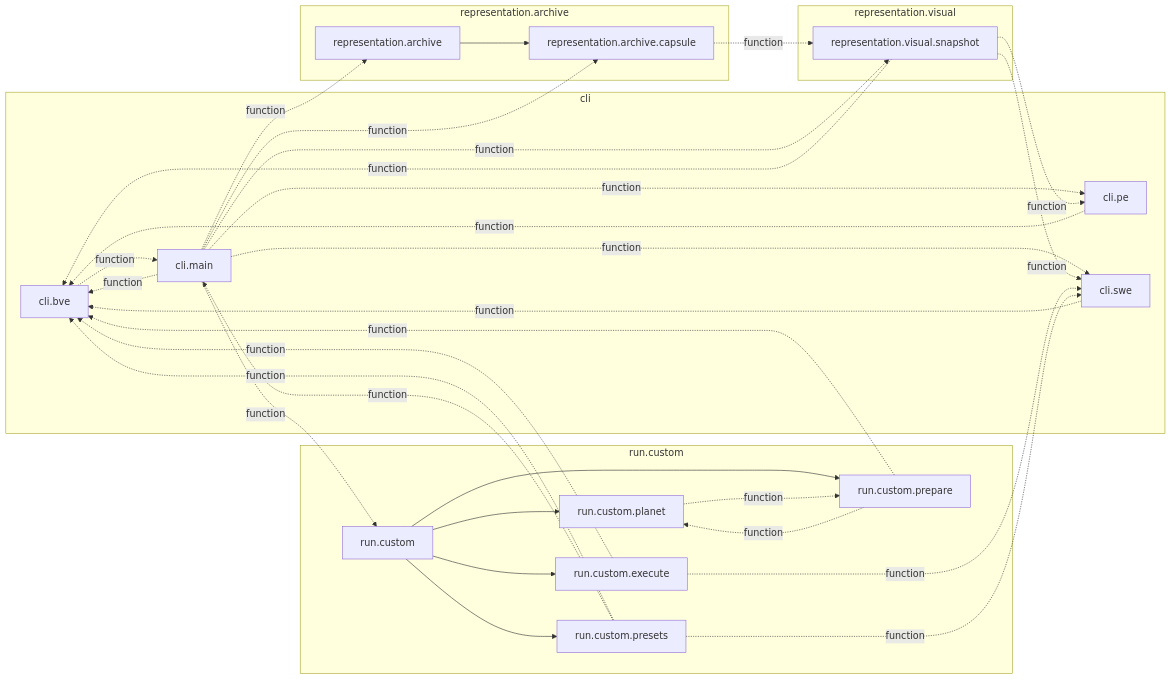
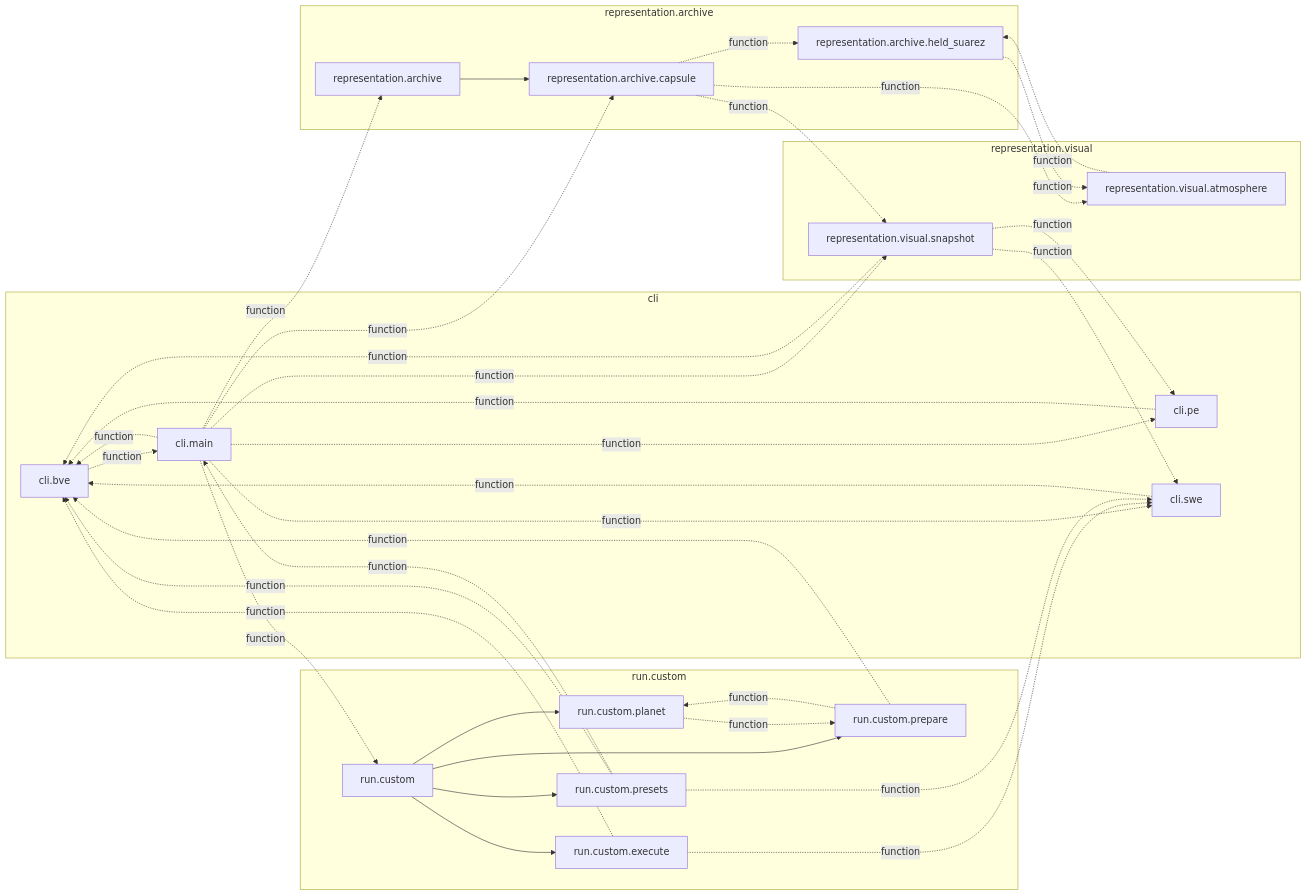
Before and after one commit to AlexandreEros/Palintropos: the diagram in docs/architecture/current/modules-cycles.mmd, drawn with Mermaid. The commit also changed 33 other files, not shown here.

```diff
--- a/docs/architecture/current/modules-cycles.mmd
+++ b/docs/architecture/current/modules-cycles.mmd
@@ -1,50 +1,56 @@
 %% Generated by tools.architecture 1.0.0. Do not edit by hand.
 %% Modules in nontrivial strongly connected components (import cycles), grouped by package. Dashed: edge made only of function-scope or TYPE_CHECKING imports.
 flowchart LR
     subgraph g_tropoi_ocli["cli"]
         n_tropoi_ocli_obve["cli.bve"]
         n_tropoi_ocli_omain["cli.main"]
         n_tropoi_ocli_ope["cli.pe"]
         n_tropoi_ocli_oswe["cli.swe"]
     end
     subgraph g_tropoi_orepresentation_oarchive["representation.archive"]
         n_tropoi_orepresentation_oarchive["representation.archive"]
         n_tropoi_orepresentation_oarchive_ocapsule["representation.archive.capsule"]
+        n_tropoi_orepresentation_oarchive_oheld__suarez["representation.archive.held_suarez"]
     end
     subgraph g_tropoi_orepresentation_ovisual["representation.visual"]
+        n_tropoi_orepresentation_ovisual_oatmosphere["representation.visual.atmosphere"]
         n_tropoi_orepresentation_ovisual_osnapshot["representation.visual.snapshot"]
     end
     subgraph g_tropoi_orun_ocustom["run.custom"]
         n_tropoi_orun_ocustom["run.custom"]
         n_tropoi_orun_ocustom_oexecute["run.custom.execute"]
         n_tropoi_orun_ocustom_oplanet["run.custom.planet"]
         n_tropoi_orun_ocustom_oprepare["run.custom.prepare"]
         n_tropoi_orun_ocustom_opresets["run.custom.presets"]
     end
     n_tropoi_ocli_obve -.->|function| n_tropoi_ocli_omain
     n_tropoi_ocli_omain -.->|function| n_tropoi_ocli_obve
     n_tropoi_ocli_omain -.->|function| n_tropoi_ocli_ope
     n_tropoi_ocli_omain -.->|function| n_tropoi_ocli_oswe
     n_tropoi_ocli_omain -.->|function| n_tropoi_orepresentation_oarchive
     n_tropoi_ocli_omain -.->|function| n_tropoi_orepresentation_oarchive_ocapsule
     n_tropoi_ocli_omain -.->|function| n_tropoi_orepresentation_ovisual_osnapshot
     n_tropoi_ocli_omain -.->|function| n_tropoi_orun_ocustom
     n_tropoi_ocli_ope -.->|function| n_tropoi_ocli_obve
     n_tropoi_ocli_oswe -.->|function| n_tropoi_ocli_obve
     n_tropoi_orepresentation_oarchive --> n_tropoi_orepresentation_oarchive_ocapsule
+    n_tropoi_orepresentation_oarchive_ocapsule -.->|function| n_tropoi_orepresentation_oarchive_oheld__suarez
+    n_tropoi_orepresentation_oarchive_ocapsule -.->|function| n_tropoi_orepresentation_ovisual_oatmosphere
     n_tropoi_orepresentation_oarchive_ocapsule -.->|function| n_tropoi_orepresentation_ovisual_osnapshot
+    n_tropoi_orepresentation_oarchive_oheld__suarez -.->|function| n_tropoi_orepresentation_ovisual_oatmosphere
+    n_tropoi_orepresentation_ovisual_oatmosphere -.->|function| n_tropoi_orepresentation_oarchive_oheld__suarez
     n_tropoi_orepresentation_ovisual_osnapshot -.->|function| n_tropoi_ocli_obve
     n_tropoi_orepresentation_ovisual_osnapshot -.->|function| n_tropoi_ocli_ope
     n_tropoi_orepresentation_ovisual_osnapshot -.->|function| n_tropoi_ocli_oswe
     n_tropoi_orun_ocustom --> n_tropoi_orun_ocustom_oexecute
     n_tropoi_orun_ocustom --> n_tropoi_orun_ocustom_oplanet
     n_tropoi_orun_ocustom --> n_tropoi_orun_ocustom_oprepare
     n_tropoi_orun_ocustom --> n_tropoi_orun_ocustom_opresets
     n_tropoi_orun_ocustom_oexecute -.->|function| n_tropoi_ocli_obve
     n_tropoi_orun_ocustom_oexecute -.->|function| n_tropoi_ocli_oswe
     n_tropoi_orun_ocustom_oplanet -.->|function| n_tropoi_orun_ocustom_oprepare
     n_tropoi_orun_ocustom_oprepare -.->|function| n_tropoi_ocli_obve
     n_tropoi_orun_ocustom_oprepare -.->|function| n_tropoi_orun_ocustom_oplanet
     n_tropoi_orun_ocustom_opresets -.->|function| n_tropoi_ocli_obve
     n_tropoi_orun_ocustom_opresets -.->|function| n_tropoi_ocli_omain
     n_tropoi_orun_ocustom_opresets -.->|function| n_tropoi_ocli_oswe
```
